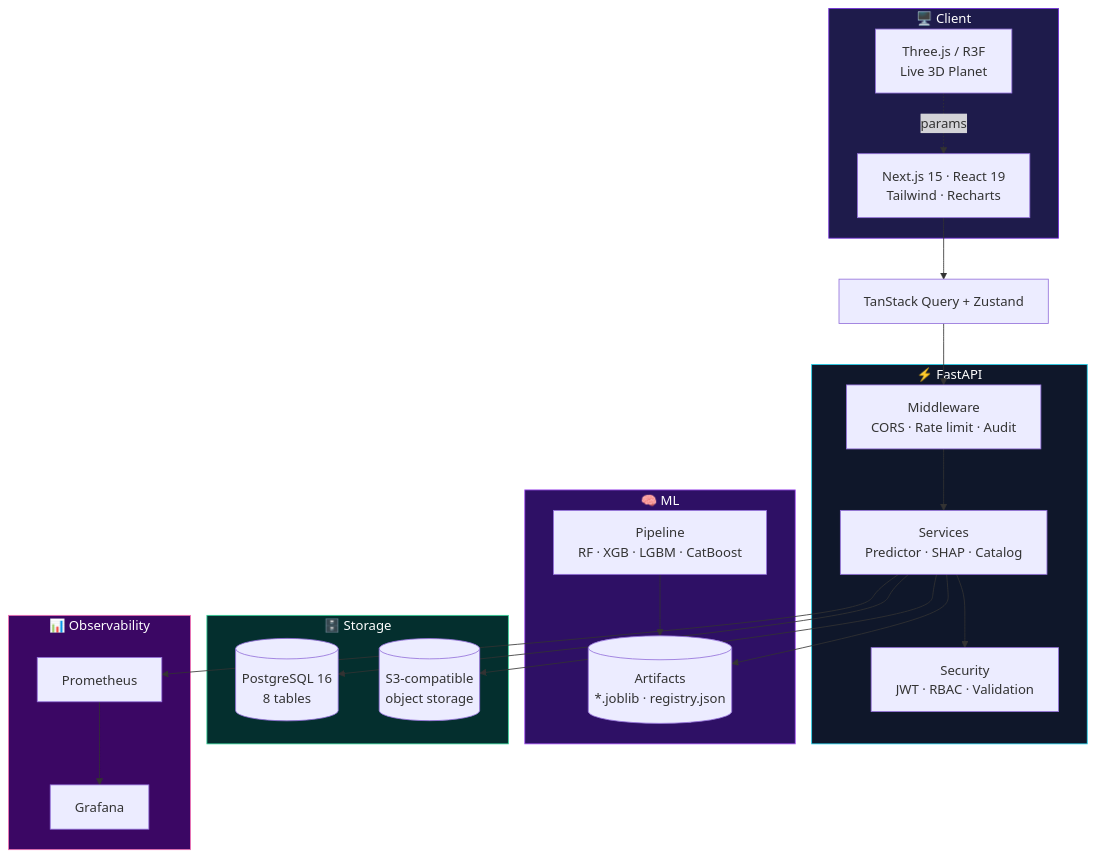
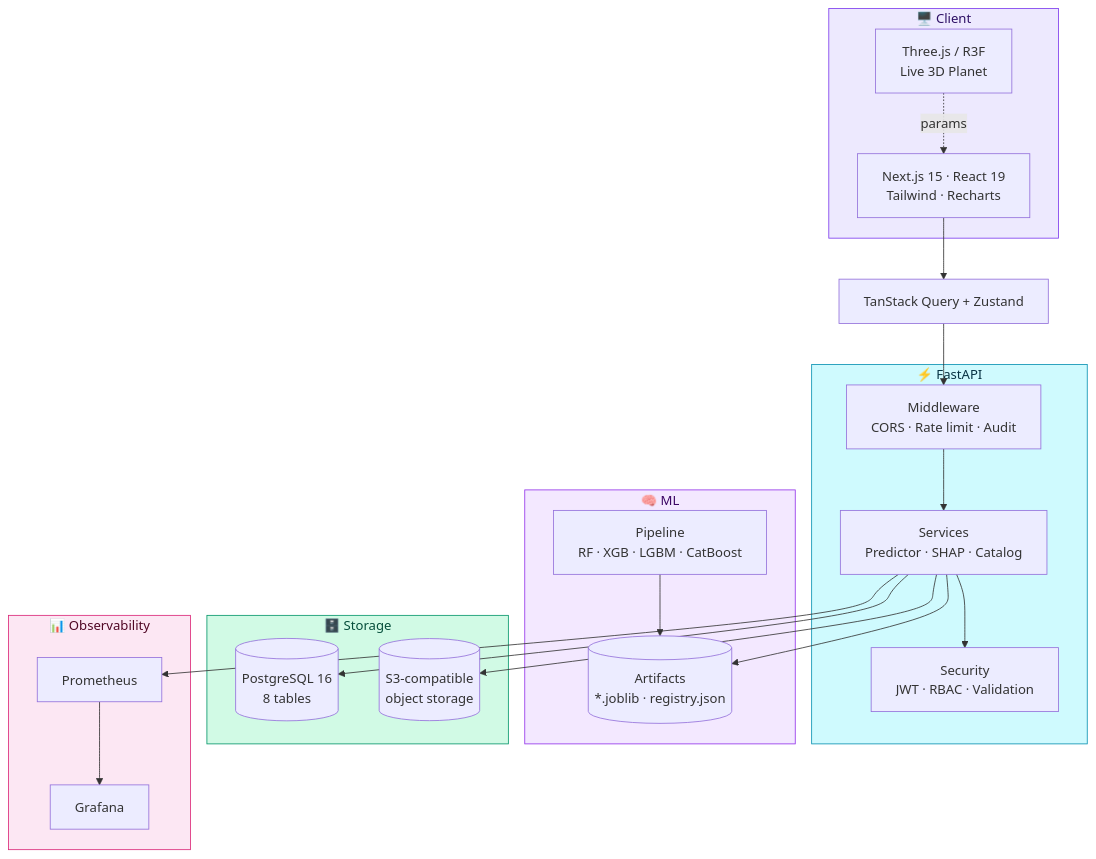
Before and after one commit to swadhinbiswas/AstroSynth: the first of 3 diagrams in README.md, drawn with Mermaid. The commit also changed other lines of this file and 1 other file, not shown here.

Commit message:
docs: make architecture diagrams legible on both GitHub light and dark themes

````diff
--- a/README.md
+++ b/README.md
@@ -137,38 +137,38 @@
 ```mermaid
 graph TB
     subgraph Client["🖥️ Client"]
         UI["Next.js 15 · React 19<br/>Tailwind · Recharts"]
         R3F["Three.js / R3F<br/>Live 3D Planet"]
     end
     subgraph API["⚡ FastAPI"]
         MW["Middleware<br/>CORS · Rate limit · Audit"]
         SVC["Services<br/>Predictor · SHAP · Catalog"]
         SEC["Security<br/>JWT · RBAC · Validation"]
     end
     subgraph ML["🧠 ML"]
         ART[("Artifacts<br/>*.joblib · registry.json")]
         PIPE["Pipeline<br/>RF · XGB · LGBM · CatBoost"]
     end
     subgraph Data["🗄️ Storage"]
         PG[("PostgreSQL 16<br/>8 tables")]
         OBJ[("S3-compatible<br/>object storage")]
     end
     subgraph Ops["📊 Observability"]
         PROM["Prometheus"] --> GRAF["Grafana"]
     end
 
     UI --> RQa["TanStack Query + Zustand"] --> MW --> SVC
     R3F -.params.-> UI
     SVC --> SEC
     SVC --> ART
     PIPE --> ART
     SVC --> PG
     SVC --> OBJ
     SVC --> PROM
 
-    style Client fill:#1e1b4b,stroke:#6d28d9,color:#fff
-    style API fill:#0f172a,stroke:#22d3ee,color:#fff
-    style ML fill:#2e1065,stroke:#a855f7,color:#fff
-    style Data fill:#042f2e,stroke:#34d399,color:#fff
-    style Ops fill:#3b0764,stroke:#f472b6,color:#fff
+    style Client fill:#ede9fe,stroke:#7c3aed,color:#2e1065
+    style API fill:#cffafe,stroke:#0891b2,color:#083344
+    style ML fill:#f3e8ff,stroke:#9333ea,color:#3b0764
+    style Data fill:#d1fae5,stroke:#059669,color:#064e3b
+    style Ops fill:#fce7f3,stroke:#db2777,color:#500724
 ```
````
